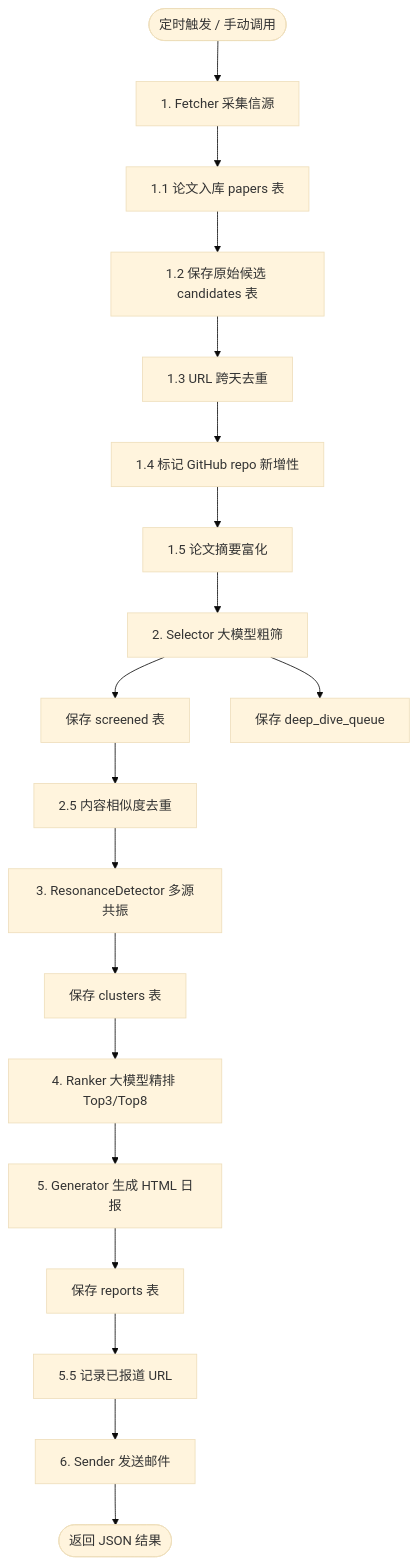
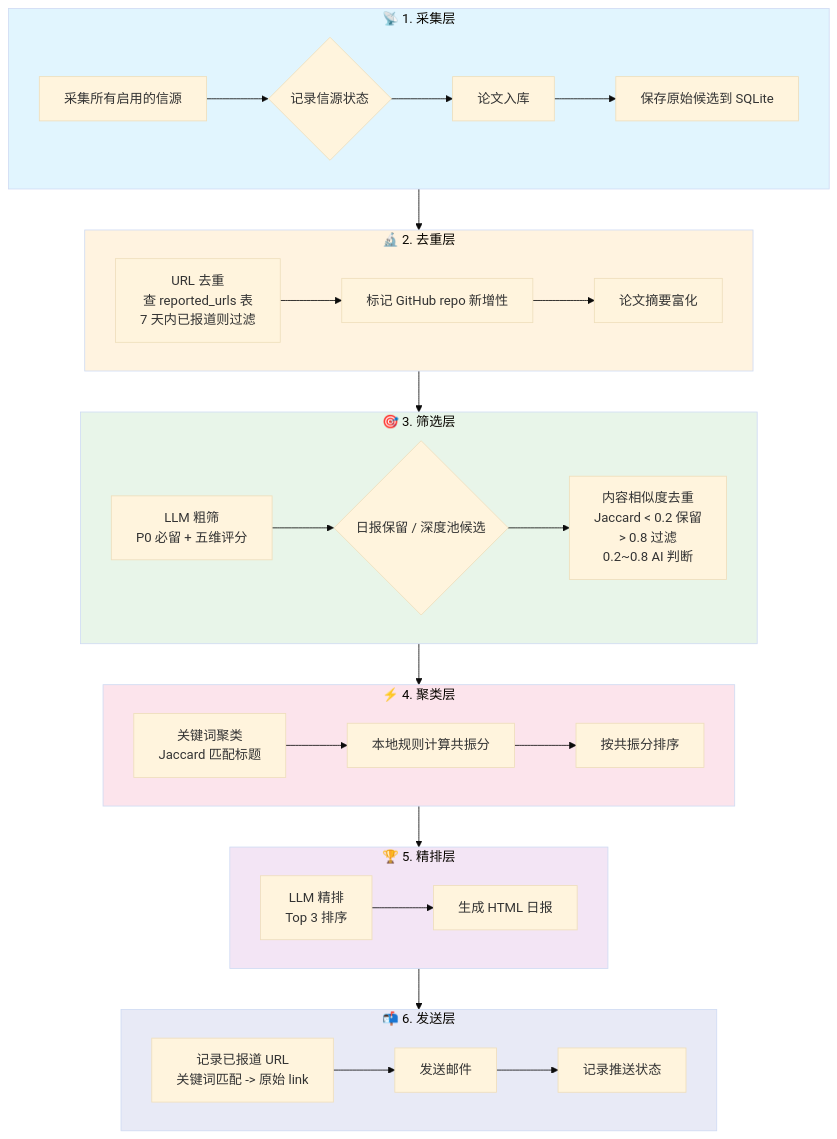
One commit to cccz1117/audit-radar changed the first of 2 diagrams in FLOW.md. Above: the diagram before and after it, drawn with Mermaid (base theme). The commit also changed other lines of this file and 5 other files, not shown here.

````diff
--- a/FLOW.md
+++ b/FLOW.md
@@ -5,21 +3,45 @@
 ```mermaid
 flowchart TD
-    Start([定时触发 / 手动调用]) --> Fetch[1. Fetcher 采集信源]
-    Fetch --> SavePapers[1.1 论文入库 papers 表]
-    SavePapers --> SaveCandidates[1.2 保存原始候选 candidates 表]
-    SaveCandidates --> UrlDedup[1.3 URL 跨天去重]
-    UrlDedup --> MarkRepos[1.4 标记 GitHub repo 新增性]
-    MarkRepos --> EnrichPapers[1.5 论文摘要富化]
-    EnrichPapers --> Screen[2. Selector 大模型粗筛]
-    Screen --> SaveScreened[保存 screened 表]
-    Screen --> SaveDeepDive[保存 deep_dive_queue]
-    SaveScreened --> ContentDedup[2.5 内容相似度去重]
-    ContentDedup --> Resonance[3. ResonanceDetector 多源共振]
-    Resonance --> SaveClusters[保存 clusters 表]
-    SaveClusters --> Rank[4. Ranker 大模型精排 Top3/Top8]
-    Rank --> Generate[5. Generator 生成 HTML 日报]
-    Generate --> SaveReport[保存 reports 表]
-    SaveReport --> RecordUrls[5.5 记录已报道 URL]
-    RecordUrls --> SendMail[6. Sender 发送邮件]
-    SendMail --> End([返回 JSON 结果])
+    subgraph Phase1["📡 1. 采集层"]
+        A1[采集所有启用的信源] --> A2{记录信源状态}
+        A2 --> A3[论文入库]
+        A3 --> A4[保存原始候选到 SQLite]
+    end
+
+    subgraph Phase2["🔬 2. 去重层"]
+        B1[URL 去重<br/>查 reported_urls 表<br/>7 天内已报道则过滤] --> B2[标记 GitHub repo 新增性]
+        B2 --> B3[论文摘要富化]
+    end
+
+    subgraph Phase3["🎯 3. 筛选层"]
+        C1[LLM 粗筛<br/>P0 必留 + 五维评分] --> C2{日报保留 / 深度池候选}
+        C2 --> C3[内容相似度去重<br/>Jaccard < 0.2 保留<br/>> 0.8 过滤<br/>0.2~0.8 AI 判断]
+    end
+
+    subgraph Phase4["⚡ 4. 聚类层"]
+        D1[关键词聚类<br/>Jaccard 匹配标题] --> D2[本地规则计算共振分]
+        D2 --> D3[按共振分排序]
+    end
+
+    subgraph Phase5["🏆 5. 精排层"]
+        E1[LLM 精排<br/>Top 3 排序] --> E2[生成 HTML 日报]
+    end
+
+    subgraph Phase6["📬 6. 发送层"]
+        F1[记录已报道 URL<br/>关键词匹配 -> 原始 link] --> F2[发送邮件]
+        F2 --> F3[记录推送状态]
+    end
+
+    Phase1 --> Phase2
+    Phase2 --> Phase3
+    Phase3 --> Phase4
+    Phase4 --> Phase5
+    Phase5 --> Phase6
+
+    style Phase1 fill:#e1f5fe
+    style Phase2 fill:#fff3e0
+    style Phase3 fill:#e8f5e9
+    style Phase4 fill:#fce4ec
+    style Phase5 fill:#f3e5f5
+    style Phase6 fill:#e8eaf6
 ```
````
